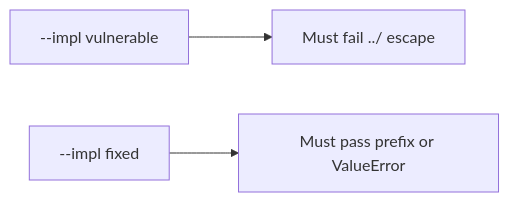
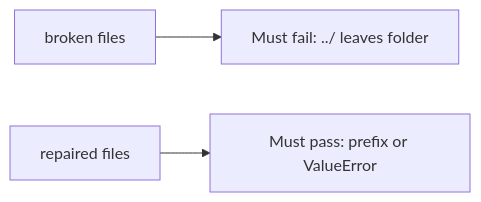
Before and after one commit to ishitvagoel/LearnSecurity: the diagram in content/modules/6/6.4/lessons/05-verify.md, drawn with Mermaid. The commit also changed other lines of this file and 55 other files, not shown here.

````diff
--- a/content/modules/6/6.4/lessons/05-verify.md
+++ b/content/modules/6/6.4/lessons/05-verify.md
@@ -15,5 +14,5 @@
 ```mermaid
 flowchart LR
-  V["--impl vulnerable"] --> F["Must fail ../ escape"]
-  X["--impl fixed"] --> P["Must pass prefix or ValueError"]
+  V["broken files"] --> F["Must fail: ../ leaves folder"]
+  X["repaired files"] --> P["Must pass: prefix or ValueError"]
 ```
````
